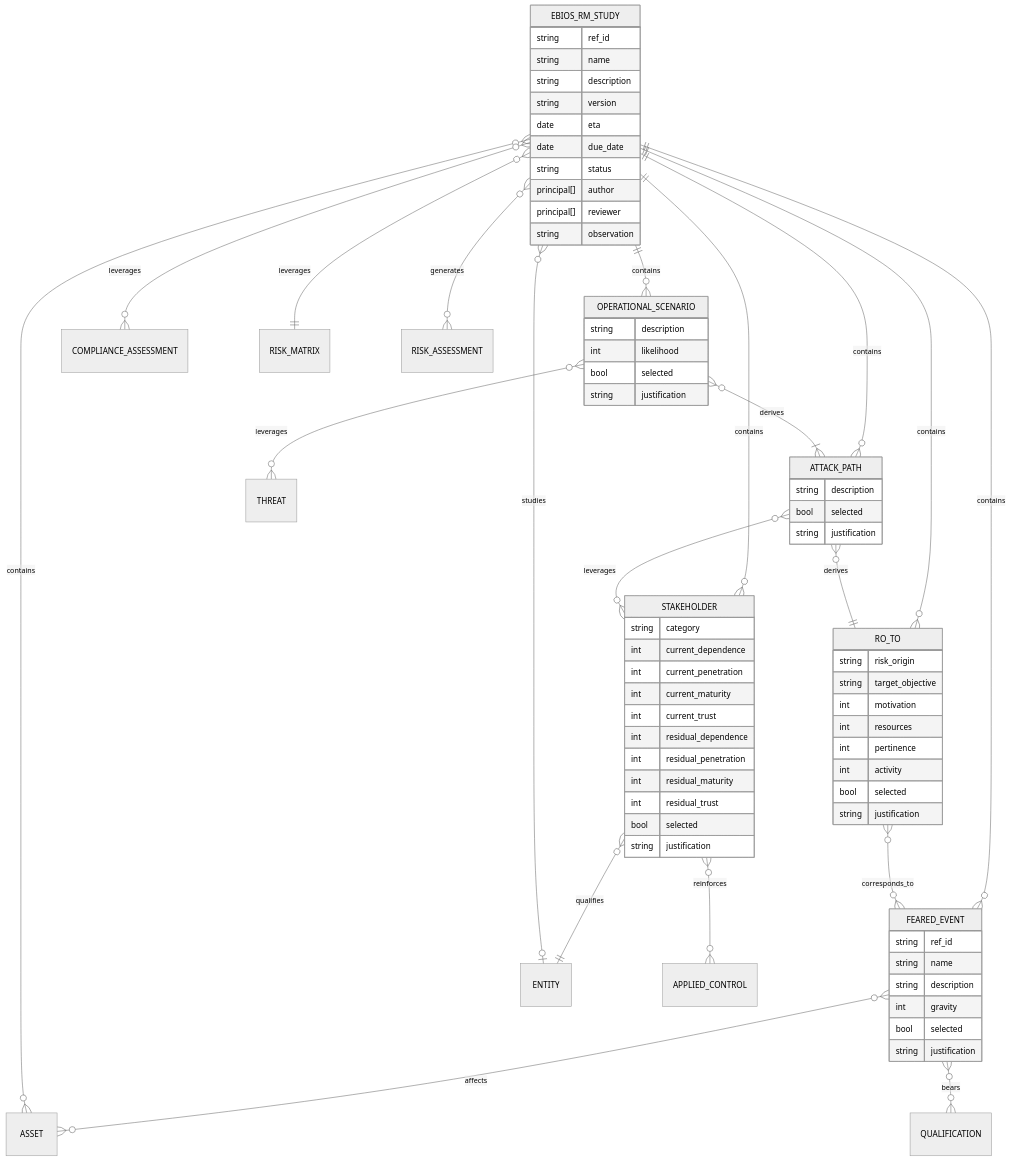
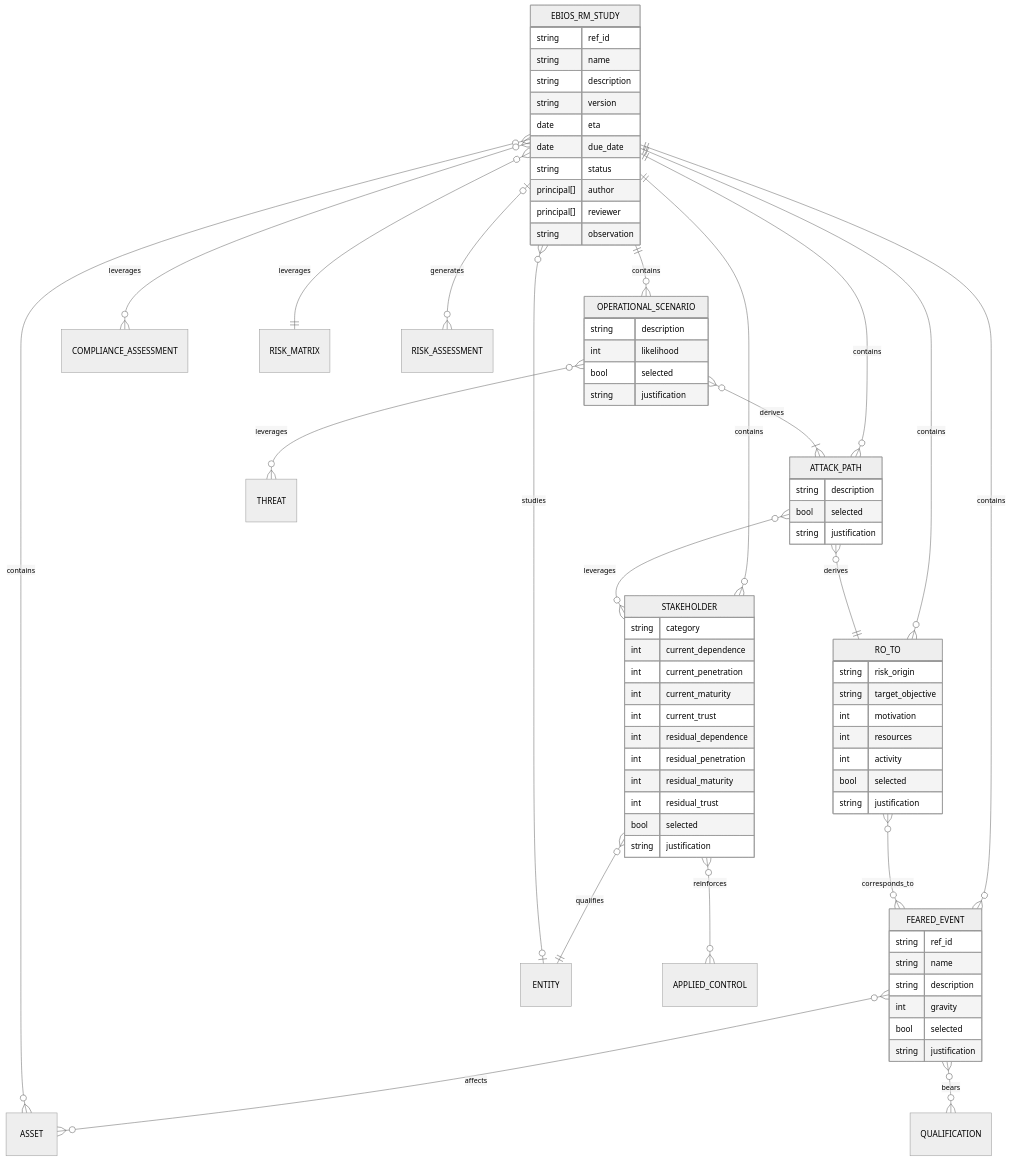
Before and after one commit to intuitem/ciso-assistant-community: the tenth of 10 diagrams in documentation/architecture/data-model.md, drawn with Mermaid (neutral theme). The commit also changed other lines of this file and 20 other files, not shown here.

```diff
--- a/documentation/architecture/data-model.md
+++ b/documentation/architecture/data-model.md
@@ -1289,7 +1289,7 @@
     EBIOS_RM_STUDY        }o--o| ENTITY               : studies
     EBIOS_RM_STUDY        }o--o{ COMPLIANCE_ASSESSMENT: leverages
     EBIOS_RM_STUDY        }o--|| RISK_MATRIX          : leverages
-    EBIOS_RM_STUDY        }o--o{ RISK_ASSESSMENT      : generates
+    EBIOS_RM_STUDY        |o--o{ RISK_ASSESSMENT      : generates
     ATTACK_PATH           }o--|| RO_TO                : derives
     RO_TO                 }o--o{ FEARED_EVENT         : corresponds_to
     OPERATIONAL_SCENARIO  }o--|{ ATTACK_PATH          : derives
@@ -1326,7 +1326,6 @@
         string target_objective
         int    motivation
         int    resources
-        int    pertinence
         int    activity
         bool   selected
         string justification
```
